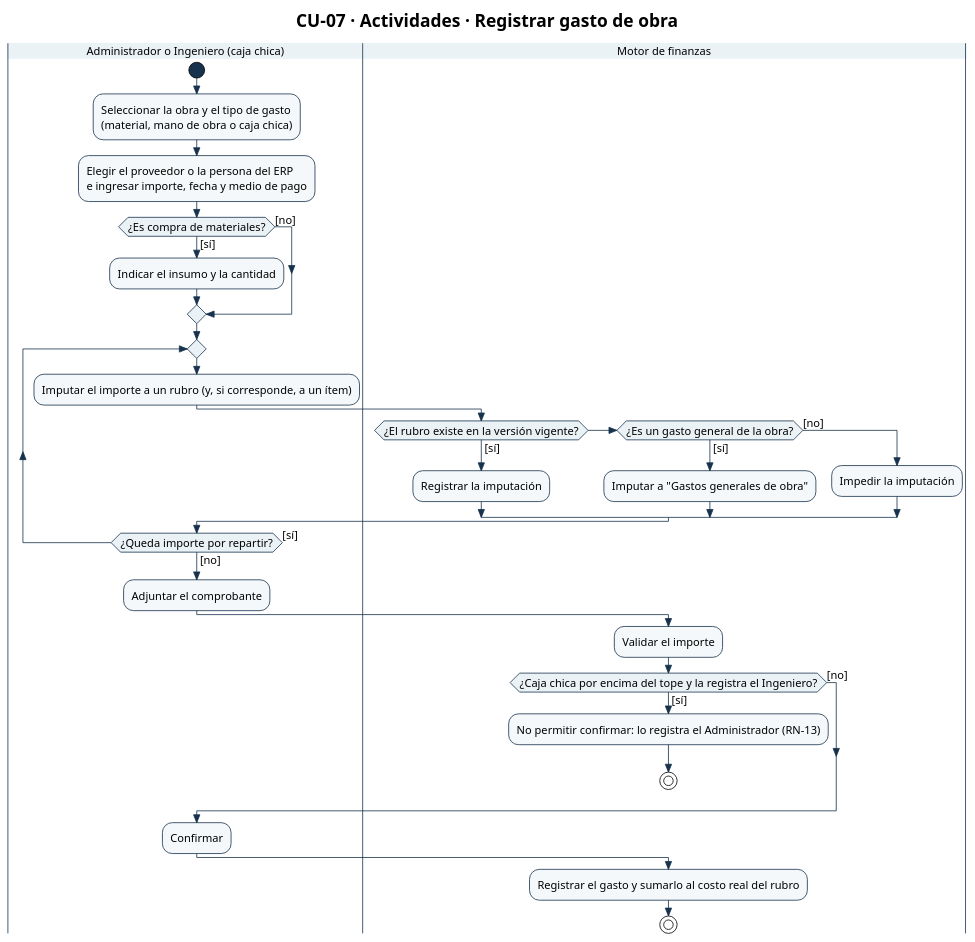
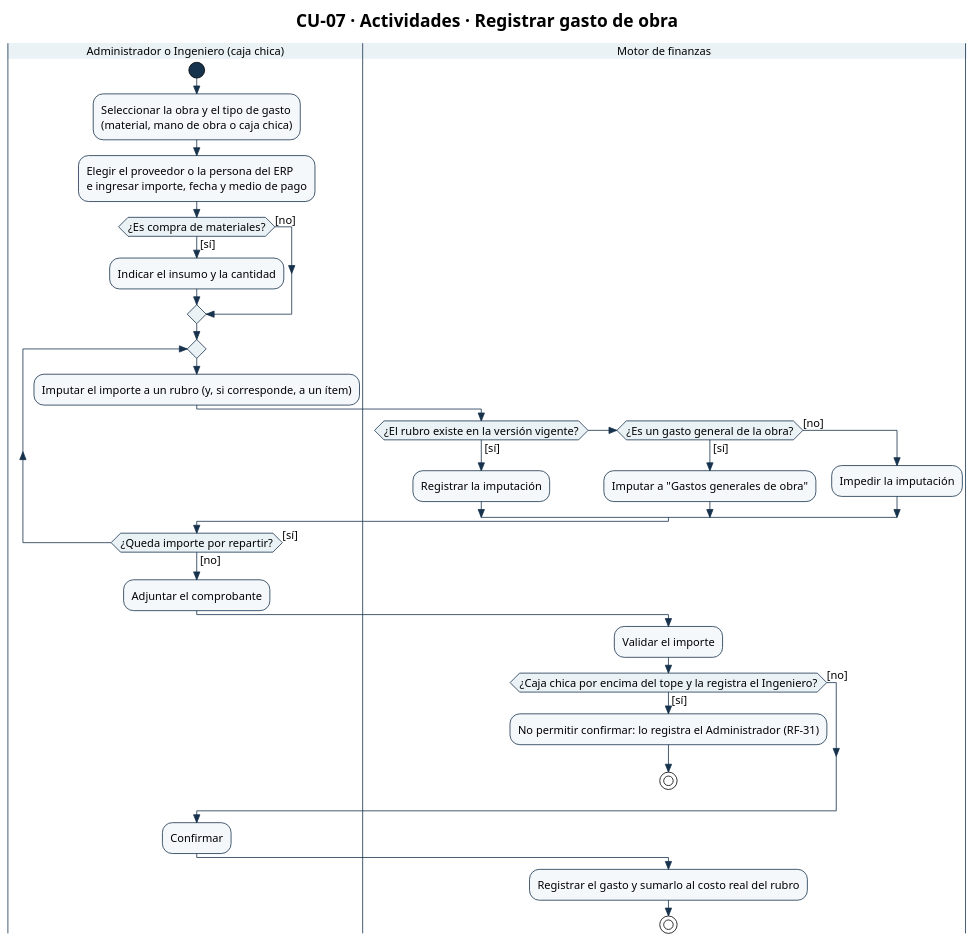
The diagram in diagramas/CU-07-actividades.puml (Ssrrb/tpf-uca), drawn with PlantUML before and after one commit. The commit also changed 40 other files, not shown here.

```diff
--- a/diagramas/CU-07-actividades.puml
+++ b/diagramas/CU-07-actividades.puml
@@ -1,71 +1,71 @@
 @startuml
 !theme plain
 skinparam style strictuml
 skinparam shadowing false
 skinparam defaultFontName Arial
 skinparam defaultFontSize 14
 skinparam ArrowColor #17324D
 skinparam activity {
   StartColor #17324D
   EndColor #17324D
   BarColor #17324D
   BackgroundColor #F5F8FA
   BorderColor #17324D
   DiamondBackgroundColor #EAF2F6
   DiamondBorderColor #17324D
 }
 skinparam swimlane {
   BorderColor #17324D
   TitleBackgroundColor #EAF2F6
 }
 skinparam state {
   StartColor #17324D
   EndColor #17324D
   BackgroundColor #F5F8FA
   BorderColor #17324D
 }
 skinparam package {
   BackgroundColor #EAF2F6
   BorderColor #17324D
 }
 skinparam note {
   BackgroundColor #FFFFFF
   BorderColor #17324D
 }
 title CU-07 · Actividades · Registrar gasto de obra
 |Administrador o Ingeniero (caja chica)|
 start
 :Seleccionar la obra y el tipo de gasto
 (material, mano de obra o caja chica);
 :Elegir el proveedor o la persona del ERP
 e ingresar importe, fecha y medio de pago;
 if (¿Es compra de materiales?) then ([sí])
   :Indicar el insumo y la cantidad;
 else ([no])
 endif
 repeat
   :Imputar el importe a un rubro (y, si corresponde, a un ítem);
   |Motor de finanzas|
   if (¿El rubro existe en la versión vigente?) then ([sí])
     :Registrar la imputación;
   elseif (¿Es un gasto general de la obra?) then ([sí])
     :Imputar a "Gastos generales de obra";
   else ([no])
     :Impedir la imputación;
   endif
   |Administrador o Ingeniero (caja chica)|
 repeat while (¿Queda importe por repartir?) is ([sí]) not ([no])
 :Adjuntar el comprobante;
 |Motor de finanzas|
 :Validar el importe;
 if (¿Caja chica por encima del tope y la registra el Ingeniero?) then ([sí])
-  :No permitir confirmar: lo registra el Administrador (RN-13);
+  :No permitir confirmar: lo registra el Administrador (RF-31);
   stop
 else ([no])
 endif
 |Administrador o Ingeniero (caja chica)|
 :Confirmar;
 |Motor de finanzas|
 :Registrar el gasto y sumarlo al costo real del rubro;
 stop
 @enduml
```
